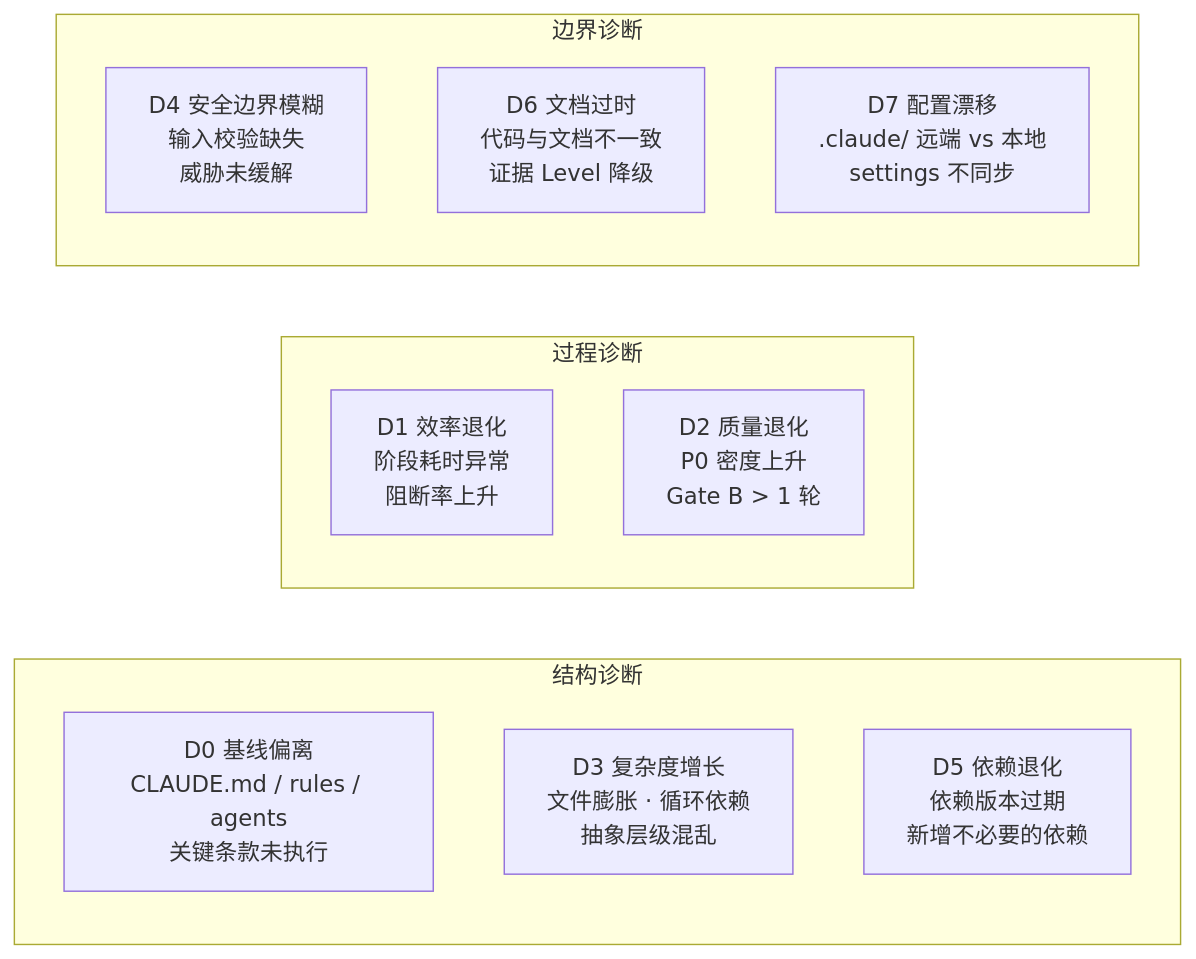
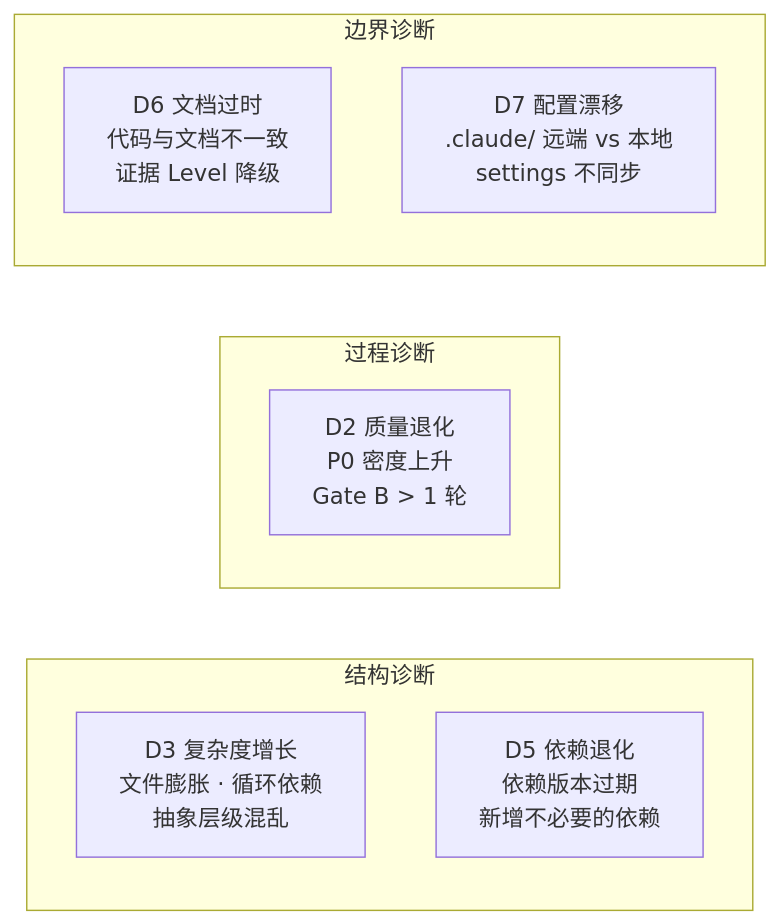
The third of 6 diagrams in agents/self-improve.md (effiy/YrY), drawn with Mermaid before and after one commit. The commit also changed other lines of this file and 42 other files, not shown here.

First line of the commit message:
feat: apply Mermaid authoring rules (M1-M12) across entire codebase

````diff
--- a/agents/self-improve.md
+++ b/agents/self-improve.md
@@ -98,18 +108,19 @@
 ```mermaid
 flowchart LR
     subgraph 结构["结构诊断"]
-        D0["D0 基线偏离<br/>CLAUDE.md / rules / agents<br/>关键条款未执行"]:::diag
+        direction TB
         D3["D3 复杂度增长<br/>文件膨胀 · 循环依赖<br/>抽象层级混乱"]:::diag
         D5["D5 依赖退化<br/>依赖版本过期<br/>新增不必要的依赖"]:::diag
     end
     subgraph 过程["过程诊断"]
-        D1["D1 效率退化<br/>阶段耗时异常<br/>阻断率上升"]:::diag
+        direction TB
         D2["D2 质量退化<br/>P0 密度上升<br/>Gate B > 1 轮"]:::diag
     end
     subgraph 边界["边界诊断"]
-        D4["D4 安全边界模糊<br/>输入校验缺失<br/>威胁未缓解"]:::diag
+        direction TB
         D6["D6 文档过时<br/>代码与文档不一致<br/>证据 Level 降级"]:::diag
         D7["D7 配置漂移<br/>.claude/ 远端 vs 本地<br/>settings 不同步"]:::diag
     end
 
+
 ```
````
